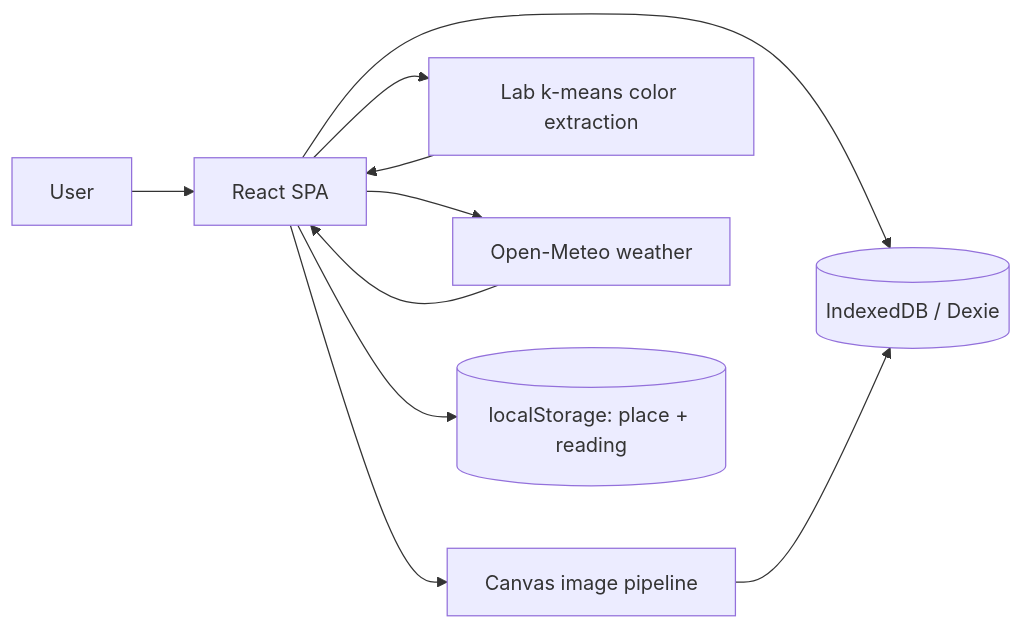
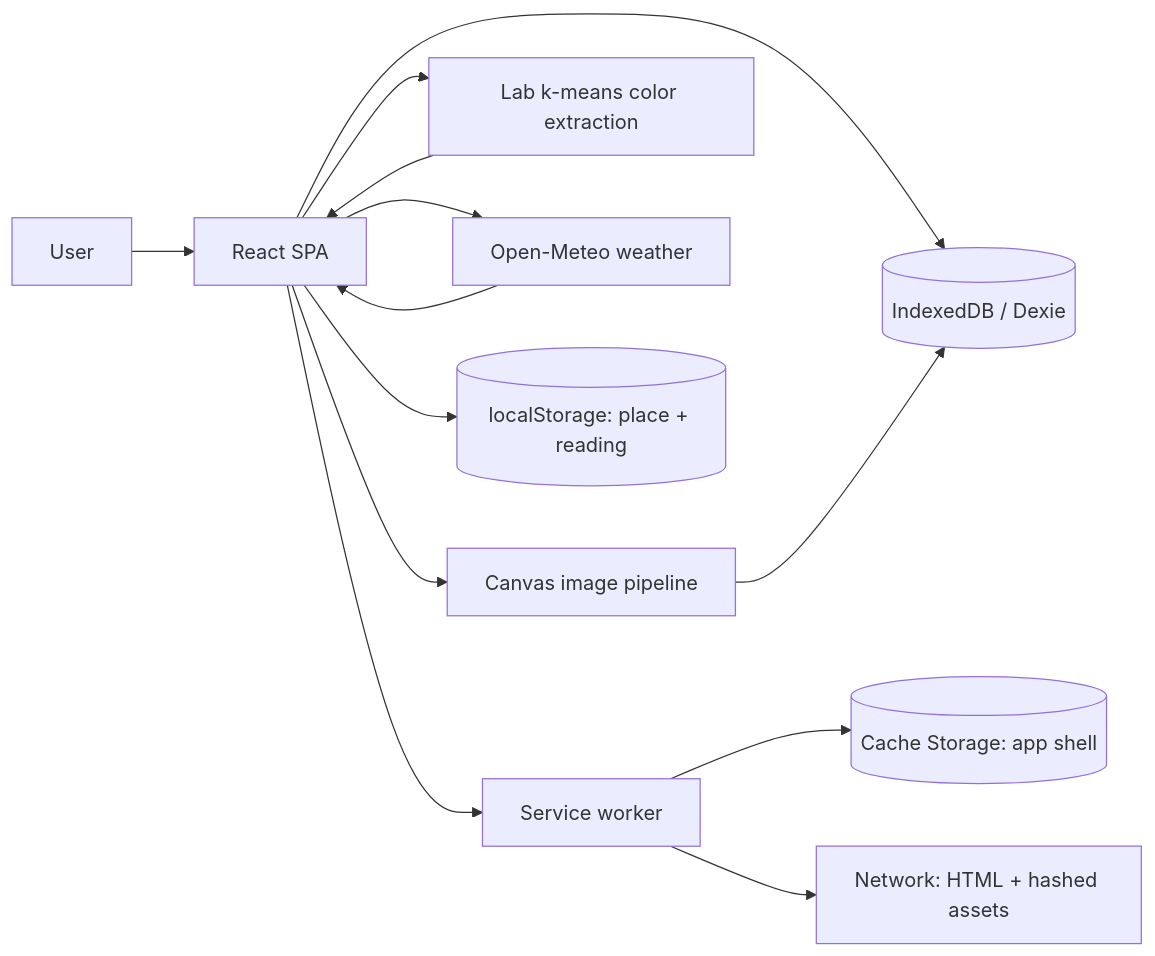
Before and after one commit to hanandibud/wardrobe: the first of 2 diagrams in docs/architecture.md, drawn with Mermaid. The commit also changed other lines of this file and 14 other files, not shown here.

````diff
--- a/docs/architecture.md
+++ b/docs/architecture.md
@@ -5,12 +5,15 @@
 ```mermaid
 flowchart LR
   U[User] --> UI[React SPA]
   UI --> DB[(IndexedDB / Dexie)]
   UI --> IMG[Canvas image pipeline]
   IMG --> DB
   UI --> COLOR[Lab k-means color extraction]
   COLOR --> UI
   UI --> WX[Open-Meteo weather]
   WX --> UI
   UI --> LS[(localStorage: place + reading)]
+  UI --> SW[Service worker]
+  SW --> CACHE[(Cache Storage: app shell)]
+  SW --> NET[Network: HTML + hashed assets]
 ```
````
